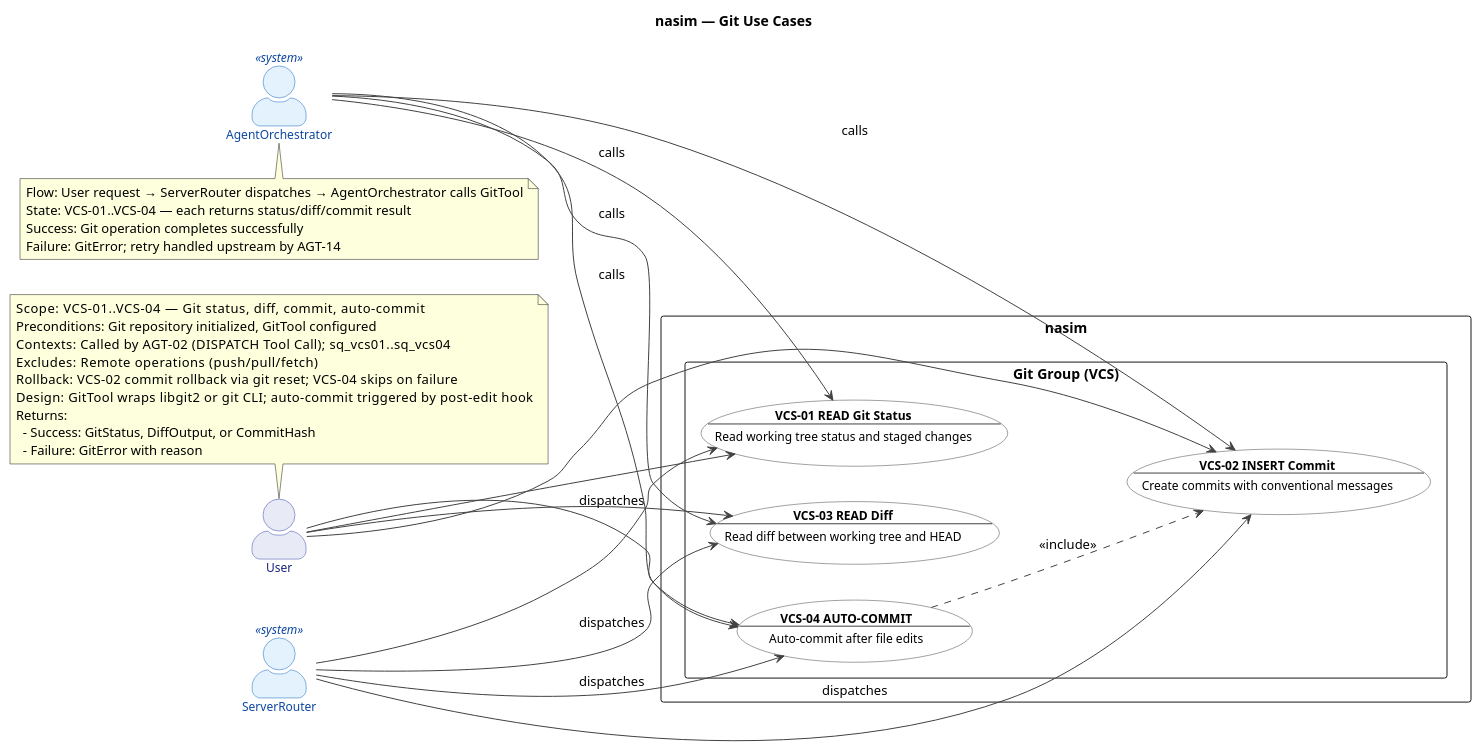
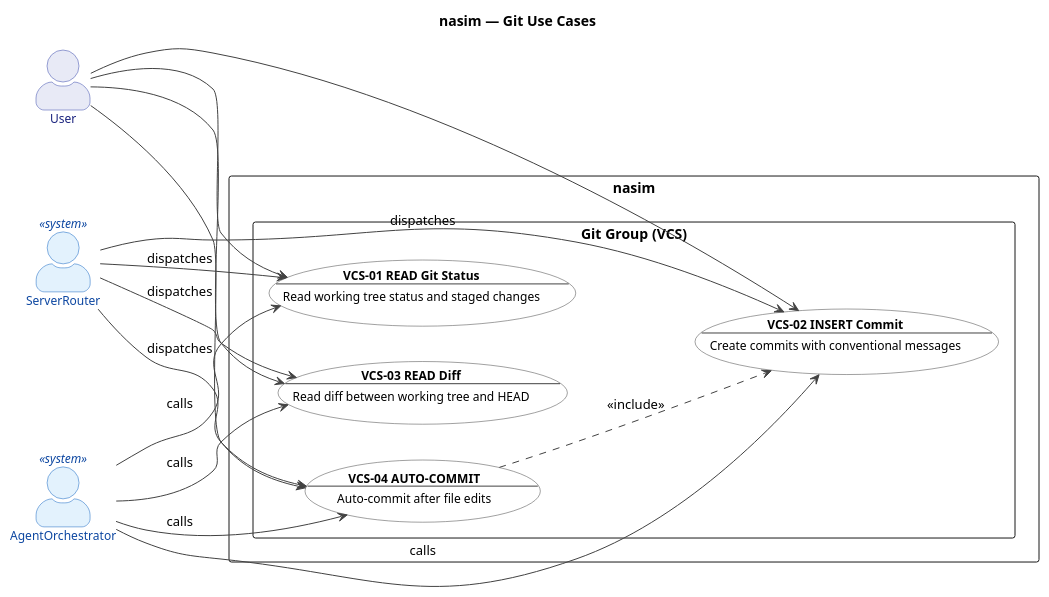
Before and after one commit to salimnamvar/nasim: the diagram in docs/UC/uc_vcs.puml, drawn with PlantUML. The commit also changed 23 other files, not shown here.

First line of the commit message:
docs: Refactor UC diagrams and update merge script paths

```diff
--- a/docs/UC/uc_vcs.puml
+++ b/docs/UC/uc_vcs.puml
@@ -1,108 +1,111 @@
 @startuml uc_vcs
+
 
 ' ============================================================
 ' Title:     nasim — UC: Git Group
 ' Group:     VCS (Git Integration)
 ' Boundary:  nasim code agent
 ' Purpose:   Version control awareness: status, diff, commit, auto-commit
 ' Milestone: v1.0
 ' Version:   9.1.0
 ' Source:    docs/ENTITIES.md, docs/UC/README.md
 ' Review:    CAR refinement loop 2026-06-27
 ' SQ:        sq_vcs01..sq_vcs04
 ' ============================================================
 
+
 left to right direction
+
 
 title nasim — Git Use Cases
 
+
 skinparam actorStyle awesome
 skinparam packageStyle rectangle
+
 
 skinparam usecase {
   BackgroundColor #FFFFFF
   BorderColor #424242
   FontColor #000000
   ArrowColor #424242
   FontSize 12
 }
 
+
 skinparam actor {
   BackgroundColor #E8EAF6
   BorderColor #3949AB
   FontColor #1A237E
   FontSize 12
 }
 
+
 skinparam actor<<system>> {
   BackgroundColor #E3F2FD
   BorderColor #1565C0
   FontColor #0D47A1
 }
 
+
 ' ------------------------------------------------------------
 ' Actors
 ' ------------------------------------------------------------
+
 
 actor "User" as User
 actor "ServerRouter" as Router <<system>>
 actor "AgentOrchestrator" as Agent <<system>>
 
-note top of User
-  Scope:          VCS-01..VCS-04 — Git status, diff, commit, auto-commit
-  Preconditions:  Git repository initialized, GitTool configured
-  Contexts:       Called by AGT-02 (DISPATCH Tool Call); sq_vcs01..sq_vcs04
-  Excludes:       Remote operations (push/pull/fetch)
-  Rollback:       VCS-02 commit rollback via git reset; VCS-04 skips on failure
-  Design:         GitTool wraps libgit2 or git CLI; auto-commit triggered by post-edit hook
-  Returns:
-    - Success: GitStatus, DiffOutput, or CommitHash
-    - Failure: GitError with reason
-end note
+
+
 
 ' ------------------------------------------------------------
 ' System Boundary
 ' ------------------------------------------------------------
+
 
 rectangle "nasim" {
   package "Git Group (VCS)" {
     usecase "**VCS-01 READ Git Status**\n--\nRead working tree status and staged changes" as VCS01
     usecase "**VCS-02 INSERT Commit**\n--\nCreate commits with conventional messages" as VCS02
     usecase "**VCS-03 READ Diff**\n--\nRead diff between working tree and HEAD" as VCS03
     usecase "**VCS-04 AUTO-COMMIT**\n--\nAuto-commit after file edits" as VCS04
   }
 }
 
+
 ' ------------------------------------------------------------
 ' Actor -> Use Case Associations
 ' ------------------------------------------------------------
+
 
 User --> VCS01
 User --> VCS02
 User --> VCS03
 User --> VCS04
 
+
 Router --> VCS01 : dispatches
 Router --> VCS02 : dispatches
 Router --> VCS03 : dispatches
 Router --> VCS04 : dispatches
+
 
 Agent --> VCS01 : calls
 Agent --> VCS02 : calls
 Agent --> VCS03 : calls
 Agent --> VCS04 : calls
 
+
 ' ------------------------------------------------------------
 ' Relationships
 ' ------------------------------------------------------------
 
+
 VCS04 ..> VCS02 : <<include>>
 
-note bottom of Agent
-  Flow:   User request → ServerRouter dispatches → AgentOrchestrator calls GitTool
-  State:  VCS-01..VCS-04 — each returns status/diff/commit result
-  Success: Git operation completes successfully
-  Failure: GitError; retry handled upstream by AGT-14
-end note
+
+
 
 @enduml
```
